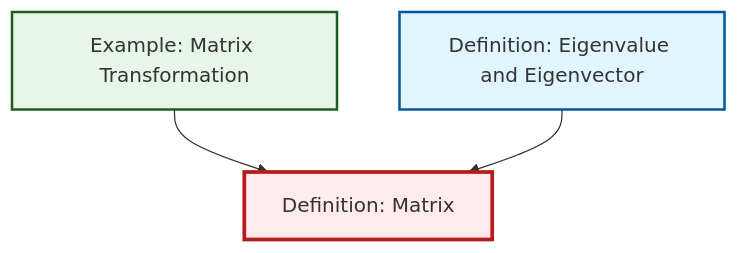
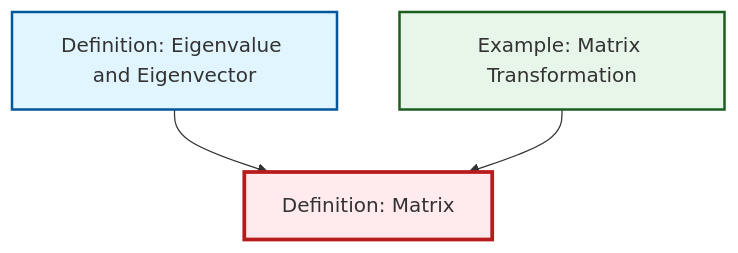
The diagram in content/ja/algebra/def-matrix.qmd (RK0429/ModernMath), drawn with Mermaid before and after one commit. The commit also changed other lines of this file and 615 other files, not shown here.

````diff
--- a/content/ja/algebra/def-matrix.qmd
+++ b/content/ja/algebra/def-matrix.qmd
@@ -58,17 +58,17 @@
 ```{mermaid}
 %%| fig-cap: "Local dependency graph"
 graph TD
     classDef definition fill:#e1f5fe,stroke:#01579b,stroke-width:2px
     classDef theorem fill:#f3e5f5,stroke:#4a148c,stroke-width:2px
     classDef axiom fill:#fff3e0,stroke:#e65100,stroke-width:2px
     classDef example fill:#e8f5e9,stroke:#1b5e20,stroke-width:2px
     classDef current fill:#ffebee,stroke:#b71c1c,stroke-width:3px
+    ex-matrix-transformation["Example: Matrix Transformation"]:::example
     def-matrix["Definition: Matrix"]:::definition
     def-eigenvalue-eigenvector["Definition: Eigenvalue and Eigenvector"]:::definition
-    ex-matrix-transformation["Example: Matrix Transformation"]:::example
+    def-eigenvalue-eigenvector --> def-matrix
     ex-matrix-transformation --> def-matrix
-    def-eigenvalue-eigenvector --> def-matrix
     class def-matrix current
+    click ex-matrix-transformation "ex-matrix-transformation.html" "Example: Matrix Transformationへ"
     click def-eigenvalue-eigenvector "def-eigenvalue-eigenvector.html" "Definition: Eigenvalue and Eigenvectorへ"
-    click ex-matrix-transformation "ex-matrix-transformation.html" "Example: Matrix Transformationへ"
 ```
````
